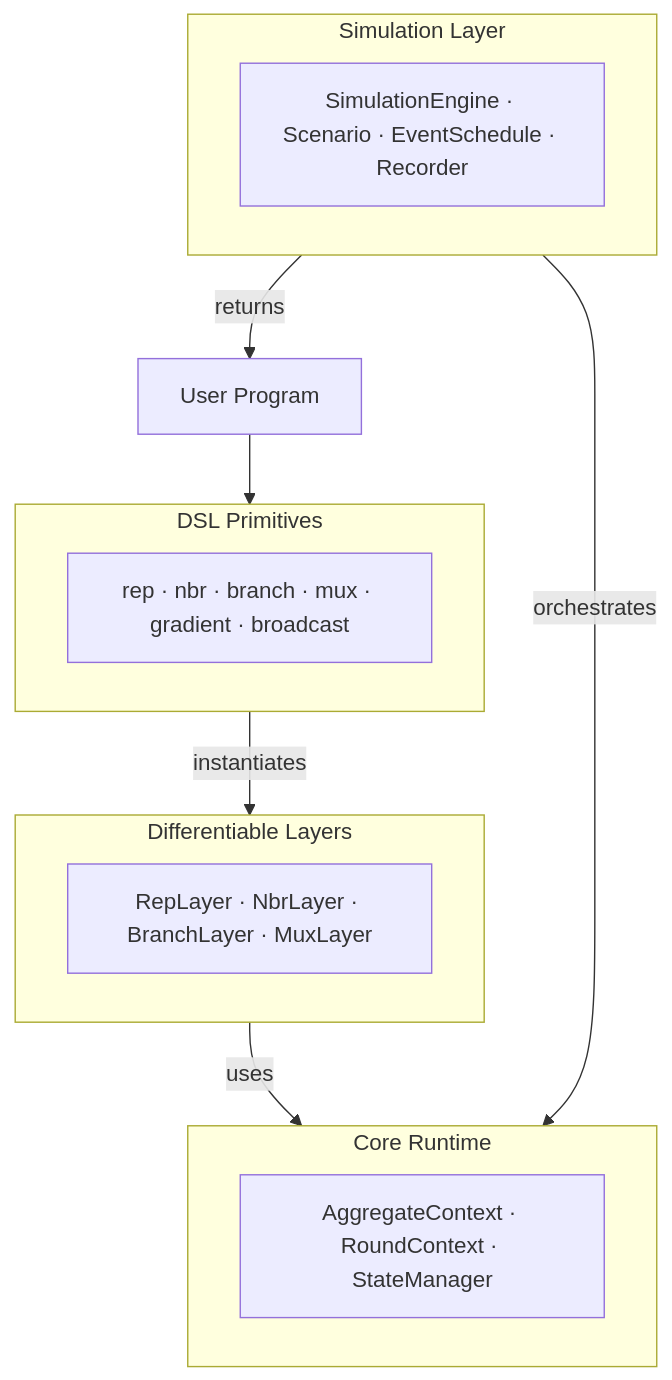
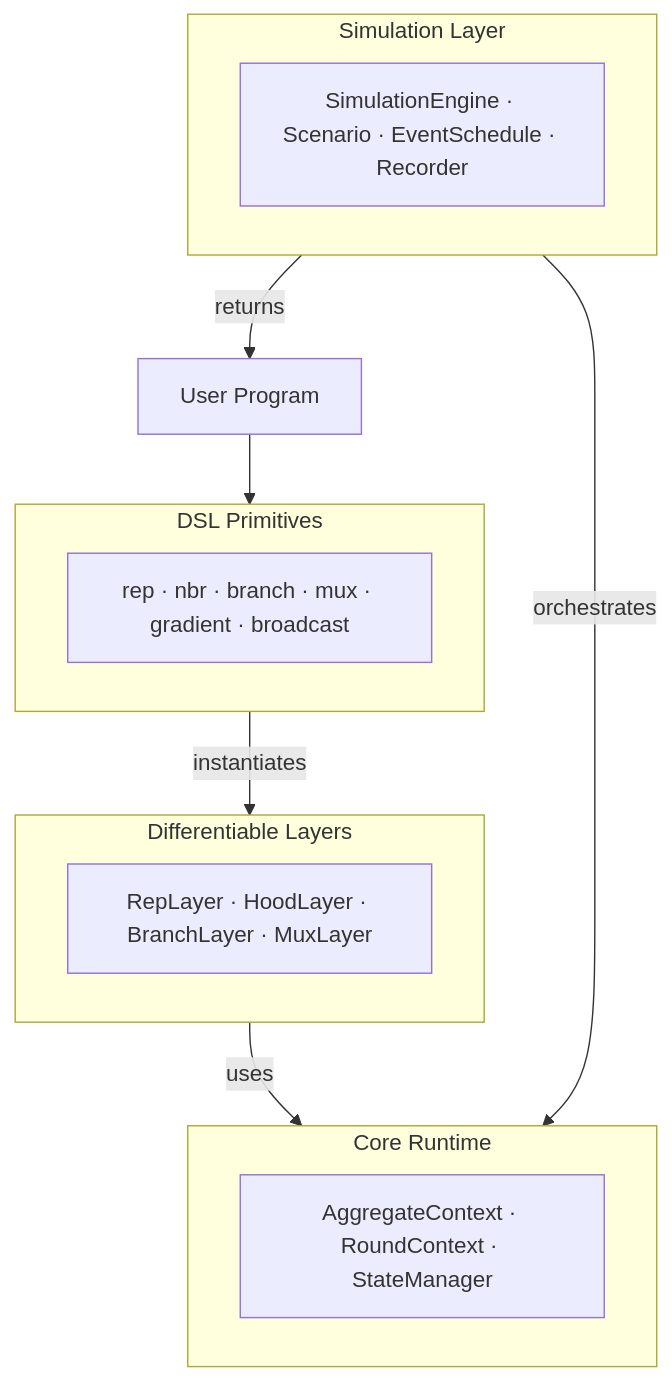
The diagram in README.md (cric96/DifField), drawn with Mermaid before and after one commit. The commit also changed other lines of this file and 38 other files, not shown here.

````diff
--- a/README.md
+++ b/README.md
@@ -55,28 +59,28 @@
 ```mermaid
 flowchart TB
     subgraph DSL["DSL Primitives"]
         direction LR
         DSL_API["rep · nbr · branch · mux · gradient · broadcast"]
     end
 
     subgraph Layers["Differentiable Layers"]
         direction LR
-        LAYERS_API["RepLayer · NbrLayer · BranchLayer · MuxLayer"]
+        LAYERS_API["RepLayer · HoodLayer · BranchLayer · MuxLayer"]
     end
 
     subgraph Core["Core Runtime"]
         direction LR
         CORE_API["AggregateContext · RoundContext · StateManager"]
     end
 
     subgraph Sim["Simulation Layer"]
         direction LR
         SIM_API["SimulationEngine · Scenario · EventSchedule · Recorder"]
     end
 
     User["User Program"] --> DSL
     DSL -->|"instantiates"| Layers
     Layers -->|"uses"| Core
     Sim -->|"orchestrates"| Core
     Sim -->|"returns"| User
 ```
````
